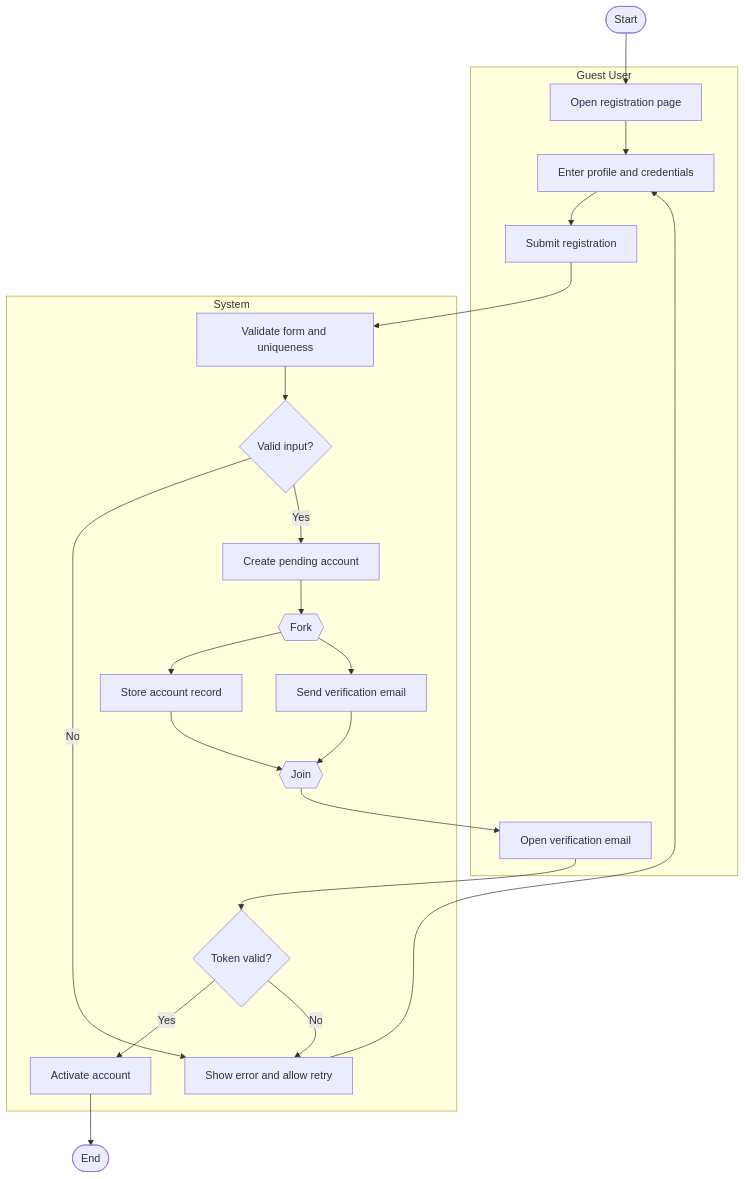
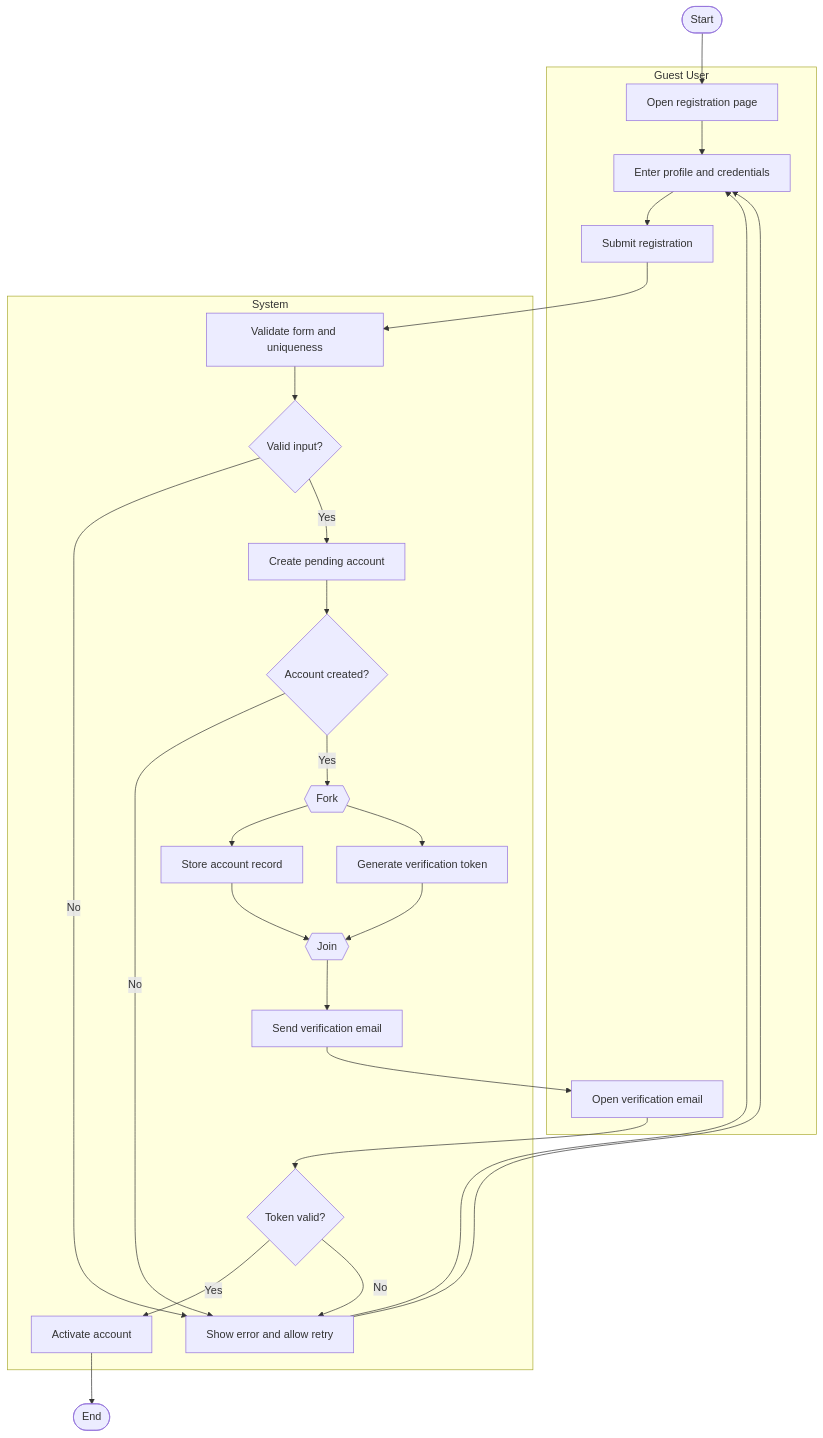
Before and after one commit to Vanessa-Ndomba/manga-book-store-system: the diagram in docs/assignment-8/activity-diagrams/user-registration-workflow.md, drawn with Mermaid. The commit also changed other lines of this file and 3 other files, not shown here.

````diff
--- a/docs/assignment-8/activity-diagrams/user-registration-workflow.md
+++ b/docs/assignment-8/activity-diagrams/user-registration-workflow.md
@@ -3,33 +3,37 @@
 ```mermaid
 flowchart TD
     Start([Start]) --> U1
 
     subgraph Guest_User[Guest User]
       U1[Open registration page]
       U2[Enter profile and credentials]
       U3[Submit registration]
       U4[Open verification email]
     end
 
     subgraph System
       S1[Validate form and uniqueness]
       D1{Valid input?}
       S2[Create pending account]
+      D2{Account created?}
       F1{{Fork}}
       S3[Store account record]
-      S4[Send verification email]
+      S4[Generate verification token]
       J1{{Join}}
-      D2{Token valid?}
-      S5[Activate account]
-      S6[Show error and allow retry]
+      S5[Send verification email]
+      D3{Token valid?}
+      S6[Activate account]
+      S7[Show error and allow retry]
     end
 
     U1 --> U2 --> U3 --> S1 --> D1
-    D1 -- No --> S6 --> U2
-    D1 -- Yes --> S2 --> F1
+    D1 -- No --> S7 --> U2
+    D1 -- Yes --> S2 --> D2
+    D2 -- No --> S7 --> U2
+    D2 -- Yes --> F1
     F1 --> S3 --> J1
     F1 --> S4 --> J1
-    J1 --> U4 --> D2
-    D2 -- Yes --> S5 --> End([End])
-    D2 -- No --> S6
+    J1 --> S5 --> U4 --> D3
+    D3 -- Yes --> S6 --> End([End])
+    D3 -- No --> S7
 ```
````
